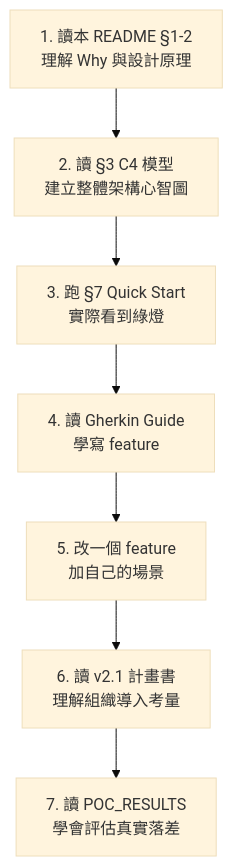
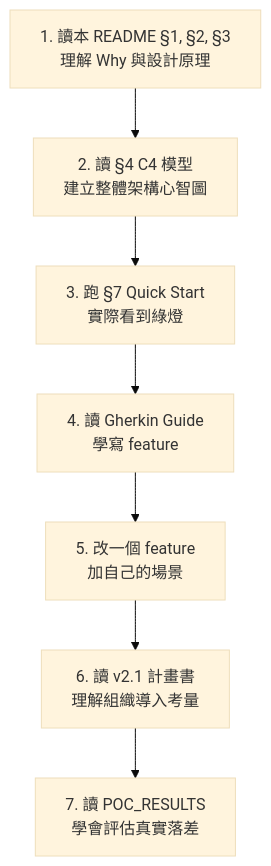
Diagram 16 of 16 in README.md (ChunPingWang/pre-site-tutorial), drawn with Mermaid (base theme) before and after one commit. The commit also changed other lines of this file, not shown here.

````diff
--- a/README.md
+++ b/README.md
@@ -1586,12 +1584,12 @@
 ```mermaid
 graph TB
-    A[1. 讀本 README §1-2<br/>理解 Why 與設計原理]
-    B[2. 讀 §3 C4 模型<br/>建立整體架構心智圖]
+    A[1. 讀本 README §1, §2, §3<br/>理解 Why 與設計原理]
+    B[2. 讀 §4 C4 模型<br/>建立整體架構心智圖]
     C[3. 跑 §7 Quick Start<br/>實際看到綠燈]
     D[4. 讀 Gherkin Guide<br/>學寫 feature]
     E[5. 改一個 feature<br/>加自己的場景]
     F[6. 讀 v2.1 計畫書<br/>理解組織導入考量]
     G[7. 讀 POC_RESULTS<br/>學會評估真實落差]
 
     A --> B --> C --> D --> E --> F --> G
 ```
````
